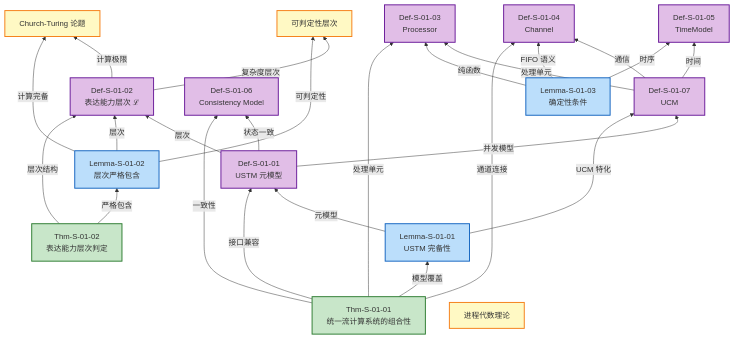
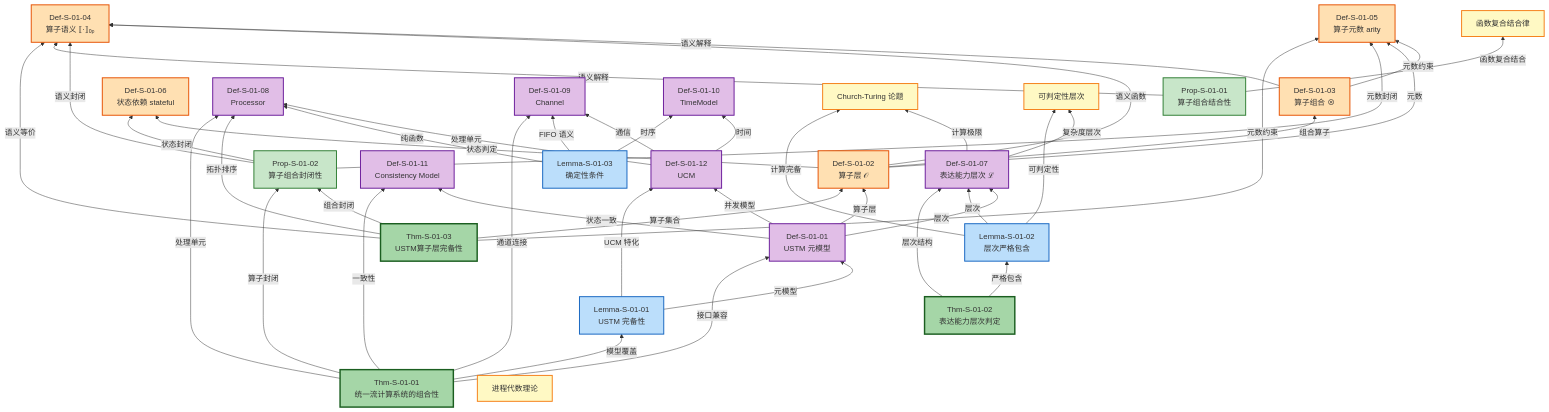
One commit to AdaMartin18010/AnalysisDataFlow changed the third of 6 diagrams in Struct/01-foundation/01.01-unified-streaming-theory.md. Above: the diagram before and after it, drawn with Mermaid. The commit also changed other lines of this file and 15 other files, not shown here.

````diff
--- a/Struct/01-foundation/01.01-unified-streaming-theory.md
+++ b/Struct/01-foundation/01.01-unified-streaming-theory.md
@@ -591,68 +905,109 @@
 ```mermaid
 graph BT
-    %% 顶层：定理 (绿色)
+    %% 顶层：定理 (深绿色)
     T1[Thm-S-01-01<br/>统一流计算系统的组合性]
     T2[Thm-S-01-02<br/>表达能力层次判定]
+    T3[Thm-S-01-03<br/>USTM算子层完备性]
 
-    %% 上层：引理 (蓝色)
+    %% 上层：引理/性质 (浅绿色)
     L1[Lemma-S-01-01<br/>USTM 完备性]
     L2[Lemma-S-01-02<br/>层次严格包含]
     L3[Lemma-S-01-03<br/>确定性条件]
+    P1[Prop-S-01-01<br/>算子组合结合性]
+    P2[Prop-S-01-02<br/>算子组合封闭性]
 
-    %% 中层：定义 (紫色)
+    %% 中层：定义 (紫色/橙色)
     D1[Def-S-01-01<br/>USTM 元模型]
-    D2[Def-S-01-02<br/>表达能力层次 ℒ]
-    D3[Def-S-01-03<br/>Processor]
-    D4[Def-S-01-04<br/>Channel]
-    D5[Def-S-01-05<br/>TimeModel]
-    D6[Def-S-01-06<br/>Consistency Model]
-    D7[Def-S-01-07<br/>UCM]
+    D2[Def-S-01-02<br/>算子层 𝒪]
+    D3[Def-S-01-03<br/>算子组合 ⊗]
+    D4[Def-S-01-04<br/>算子语义 ⟦·⟧ₒₚ]
+    D5[Def-S-01-05<br/>算子元数 arity]
+    D6[Def-S-01-06<br/>状态依赖 stateful]
+    D7[Def-S-01-07<br/>表达能力层次 ℒ]
+    D8[Def-S-01-08<br/>Processor]
+    D9[Def-S-01-09<br/>Channel]
+    D10[Def-S-01-10<br/>TimeModel]
+    D11[Def-S-01-11<br/>Consistency Model]
+    D12[Def-S-01-12<br/>UCM]
 
     %% 底层：公理/基本假设 (黄色)
     A1[Church-Turing 论题]
     A2[可判定性层次]
     A3[进程代数理论]
+    A4[函数复合结合律]
 
-    %% 依赖边
+    %% 依赖边：T1
     T1 -->|"接口兼容"| D1
-    T1 -->|"处理单元"| D3
-    T1 -->|"通道连接"| D4
-    T1 -->|"一致性"| D6
+    T1 -->|"处理单元"| D8
+    T1 -->|"通道连接"| D9
+    T1 -->|"一致性"| D11
     T1 -->|"模型覆盖"| L1
+    T1 -->|"算子封闭"| P2
 
-    T2 -->|"层次结构"| D2
+    %% 依赖边：T2
+    T2 -->|"层次结构"| D7
     T2 -->|"严格包含"| L2
 
+    %% 依赖边：T3
+    T3 -->|"算子集合"| D2
+    T3 -->|"组合封闭"| P2
+    T3 -->|"语义等价"| D4
+    T3 -->|"元数约束"| D5
+    T3 -->|"拓扑排序"| D8
+
+    %% 依赖边：引理
     L1 -->|"元模型"| D1
-    L1 -->|"UCM 特化"| D7
+    L1 -->|"UCM 特化"| D12
 
-    L2 -->|"层次"| D2
+    L2 -->|"层次"| D7
     L2 -->|"计算完备"| A1
     L2 -->|"可判定性"| A2
 
-    L3 -->|"纯函数"| D3
-    L3 -->|"FIFO 语义"| D4
-    L3 -->|"时序"| D5
+    L3 -->|"纯函数"| D8
+    L3 -->|"FIFO 语义"| D9
+    L3 -->|"时序"| D10
 
-    D7 -->|"处理单元"| D3
-    D7 -->|"通信"| D4
-    D7 -->|"时间"| D5
+    %% 依赖边：性质
+    P1 -->|"语义解释"| D4
+    P1 -->|"函数复合结合"| A4
 
-    D1 -->|"层次"| D2
-    D1 -->|"状态一致"| D6
-    D1 -->|"并发模型"| D7
+    P2 -->|"元数封闭"| D5
+    P2 -->|"语义封闭"| D4
+    P2 -->|"状态封闭"| D6
 
-    D2 -->|"计算极限"| A1
-    D2 -->|"复杂度层次"| A2
+    %% 依赖边：定义
+    D1 -->|"层次"| D7
+    D1 -->|"算子层"| D2
+    D1 -->|"状态一致"| D11
+    D1 -->|"并发模型"| D12
+
+    D2 -->|"组合算子"| D3
+    D2 -->|"语义函数"| D4
+    D2 -->|"元数"| D5
+    D2 -->|"状态判定"| D6
+
+    D3 -->|"语义解释"| D4
+    D3 -->|"元数约束"| D5
+
+    D12 -->|"处理单元"| D8
+    D12 -->|"通信"| D9
+    D12 -->|"时间"| D10
+
+    D7 -->|"计算极限"| A1
+    D7 -->|"复杂度层次"| A2
 
     %% 样式定义
     classDef axiom fill:#fff9c4,stroke:#f57f17,stroke-width:2px
     classDef definition fill:#e1bee7,stroke:#6a1b9a,stroke-width:2px
+    classDef operator fill:#ffe0b2,stroke:#e65100,stroke-width:2px
     classDef lemma fill:#bbdefb,stroke:#1565c0,stroke-width:2px
-    classDef theorem fill:#c8e6c9,stroke:#2e7d32,stroke-width:2px
+    classDef property fill:#c8e6c9,stroke:#2e7d32,stroke-width:2px
+    classDef theorem fill:#a5d6a7,stroke:#1b5e20,stroke-width:3px
 
-    class A1,A2,A3 axiom
-    class D1,D2,D3,D4,D5,D6,D7 definition
+    class A1,A2,A3,A4 axiom
+    class D1,D7,D8,D9,D10,D11,D12 definition
+    class D2,D3,D4,D5,D6 operator
     class L1,L2,L3 lemma
-    class T1,T2 theorem
+    class P1,P2 property
+    class T1,T2,T3 theorem
 ```
````
